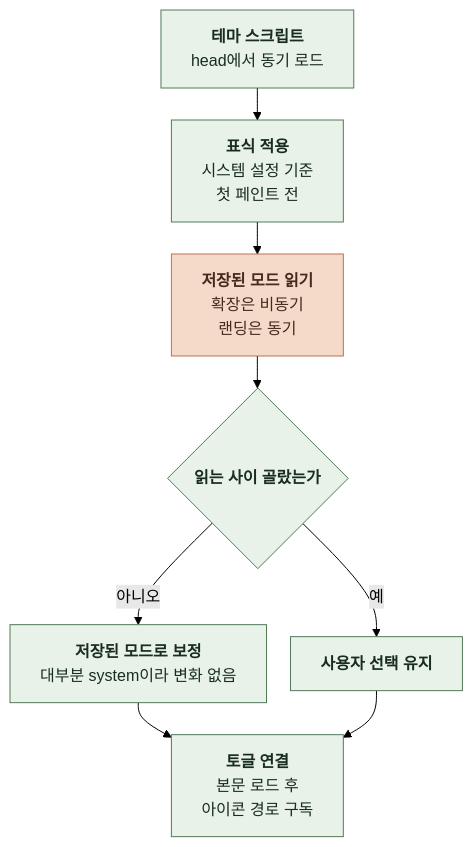
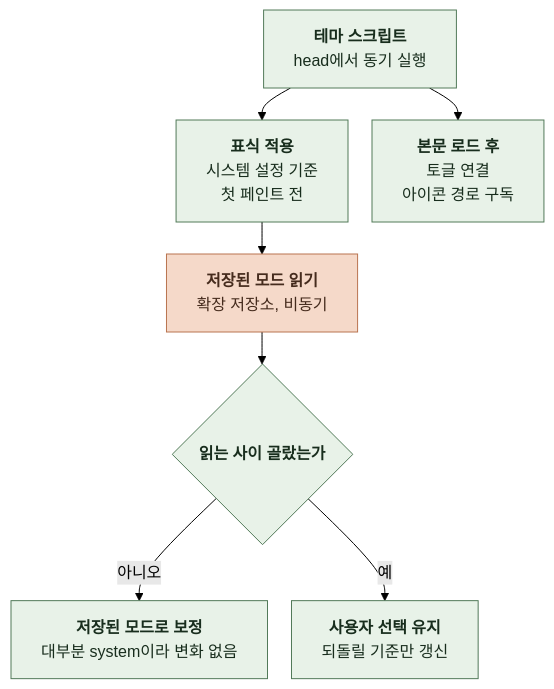
The third of 4 diagrams in docs/spec/6-1-INTERACTION.md (kangkyunghyun/LinKHU), drawn with Mermaid (forest theme) before and after one commit. The commit also changed other lines of this file and 16 other files, not shown here.

````diff
--- a/docs/spec/6-1-INTERACTION.md
+++ b/docs/spec/6-1-INTERACTION.md
@@ -117,23 +119,22 @@
 ```mermaid
 %%{init: {"flowchart": {"curve": "basis", "nodeSpacing": 24, "rankSpacing": 32}}}%%
 flowchart TD
     A["`**테마 스크립트**
-head에서 동기 로드`"] --> B["`**표식 적용**
+head에서 동기 실행`"] --> B["`**표식 적용**
 시스템 설정 기준
 첫 페인트 전`"]
     B --> C["`**저장된 모드 읽기**
-확장은 비동기
-랜딩은 동기`"]
+확장 저장소, 비동기`"]
+    A --> T["`**본문 로드 후**
+토글 연결
+아이콘 경로 구독`"]
     C --> D{"`**읽는 사이 골랐는가**`"}
     D -->|아니오| E["`**저장된 모드로 보정**
 대부분 system이라 변화 없음`"]
-    D -->|예| F["`**사용자 선택 유지**`"]
-    E --> G["`**토글 연결**
-본문 로드 후
-아이콘 경로 구독`"]
-    F --> G
+    D -->|예| F["`**사용자 선택 유지**
+되돌릴 기준만 갱신`"]
     classDef comp fill:#E8F2E8,stroke:#527A59,color:#182D1D
     classDef store fill:#F5D9C9,stroke:#B97450,color:#452B1D
-    class A,B,D,E,F,G comp
+    class A,B,T,D,E,F comp
     class C store
 ```
````
